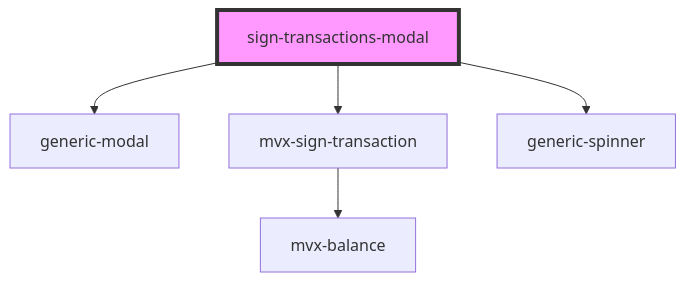
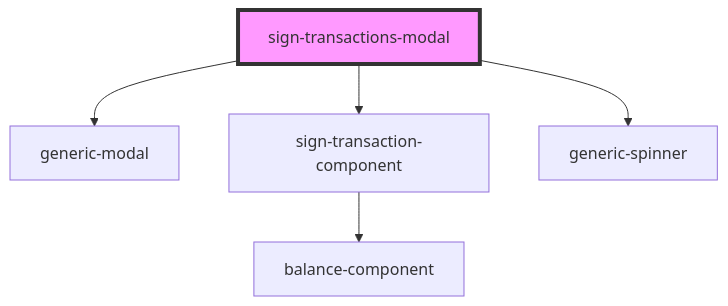
The diagram in src/components/sign-transactions-modal/readme.md (multiversx/mx-sdk-dapp-ui), drawn with Mermaid before and after one commit. The commit also changed other lines of this file and 9 other files, not shown here.

````diff
--- a/src/components/sign-transactions-modal/readme.md
+++ b/src/components/sign-transactions-modal/readme.md
@@ -37,8 +37,8 @@
 ```mermaid
 graph TD;
   sign-transactions-modal --> generic-modal
-  sign-transactions-modal --> mvx-sign-transaction
+  sign-transactions-modal --> sign-transaction-component
   sign-transactions-modal --> generic-spinner
-  mvx-sign-transaction --> mvx-balance
+  sign-transaction-component --> balance-component
   style sign-transactions-modal fill:#f9f,stroke:#333,stroke-width:4px
 ```
````
